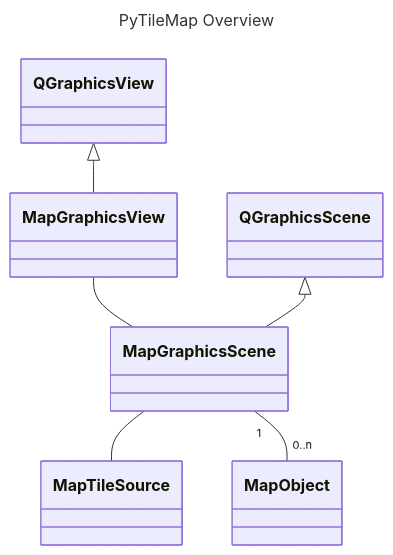
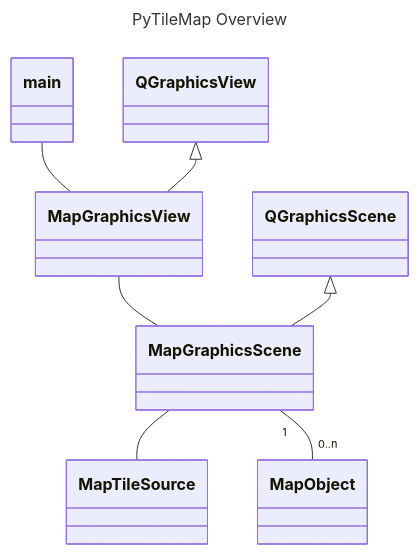
The diagram in README.md (bthcode/PyTileMap), drawn with Mermaid before and after one commit.

````diff
--- a/README.md
+++ b/README.md
@@ -1,12 +1,13 @@
 ```mermaid
 ---
 title: PyTileMap Overview
 ---
 classDiagram
+    main -- MapGraphicsView
     QGraphicsView <|-- MapGraphicsView
     MapGraphicsView -- MapGraphicsScene
     QGraphicsScene <|-- MapGraphicsScene 
     MapGraphicsScene -- MapTileSource
     MapGraphicsScene "1" -- "0..n" MapObject
 
 ```
````
